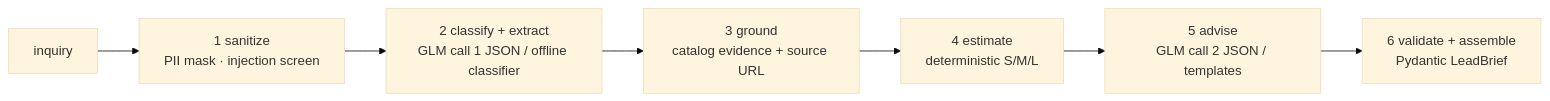
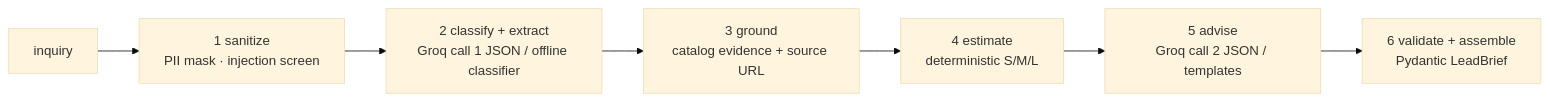
One commit to KritPrasad05/Cynbit_AI changed the diagram in README.md. Above: the diagram before and after it, drawn with Mermaid (base theme). The commit also changed other lines of this file and 20 other files, not shown here.

````diff
--- a/README.md
+++ b/README.md
@@ -36,9 +46,9 @@
 ```mermaid
 flowchart LR
     U[inquiry] --> S[1 sanitize<br/>PII mask · injection screen]
-    S --> C[2 classify + extract<br/>GLM call 1 JSON / offline classifier]
+    S --> C[2 classify + extract<br/>Groq call 1 JSON / offline classifier]
     C --> G[3 ground<br/>catalog evidence + source URL]
     G --> E[4 estimate<br/>deterministic S/M/L]
-    E --> A[5 advise<br/>GLM call 2 JSON / templates]
+    E --> A[5 advise<br/>Groq call 2 JSON / templates]
     A --> V[6 validate + assemble<br/>Pydantic LeadBrief]
 ```
````
